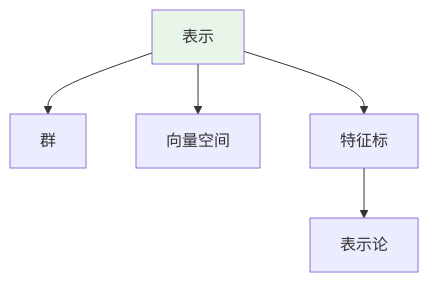
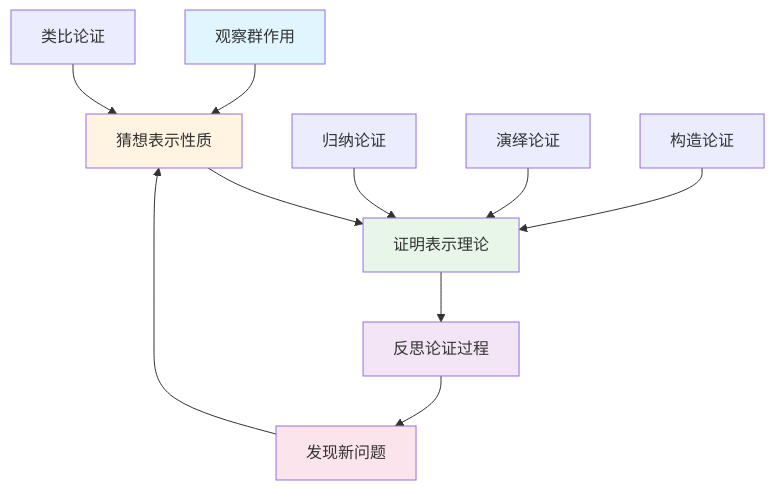
Before and after one commit to AdaMartin18010/FormalMath: the fifth of 10 diagrams in concept/核心概念/32-表示.md, drawn with Mermaid. The commit also changed other lines of this file and 4793 other files, not shown here.

````diff
--- a/concept/核心概念/32-表示.md
+++ b/concept/核心概念/32-表示.md
@@ -724,9 +1449,19 @@
 ```mermaid
 graph TD
-    A[表示] --> B[群]
-    A --> C[向量空间]
-    A --> D[特征标]
-    D --> E[表示论]
+    A[观察群作用] --> B[猜想表示性质]
+    B --> C[证明表示理论]
+    C --> D[反思论证过程]
+    D --> E[发现新问题]
+    E --> B
 
-    style A fill:#e8f5e9
+    F[归纳论证] --> C
+    G[演绎论证] --> C
+    H[类比论证] --> B
+    I[构造论证] --> C
+
+    style A fill:#e1f5ff
+    style B fill:#fff4e1
+    style C fill:#e8f5e9
+    style D fill:#f3e5f5
+    style E fill:#fce4ec
 ```
````
